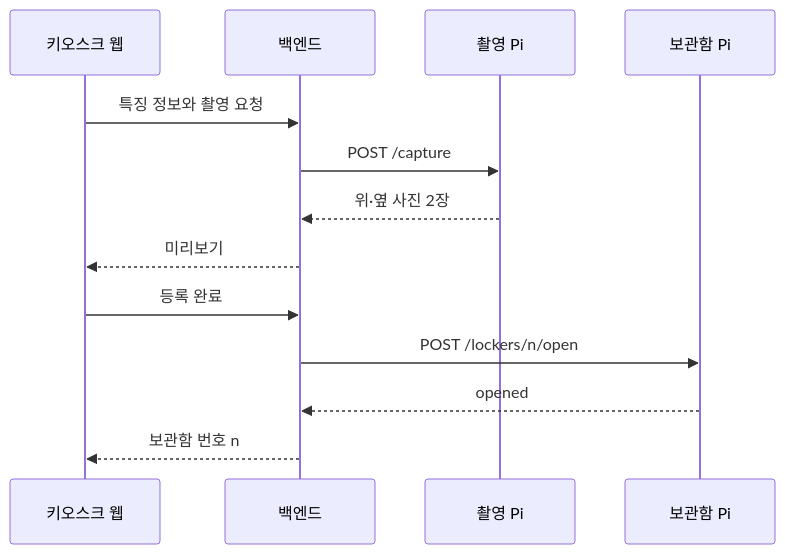
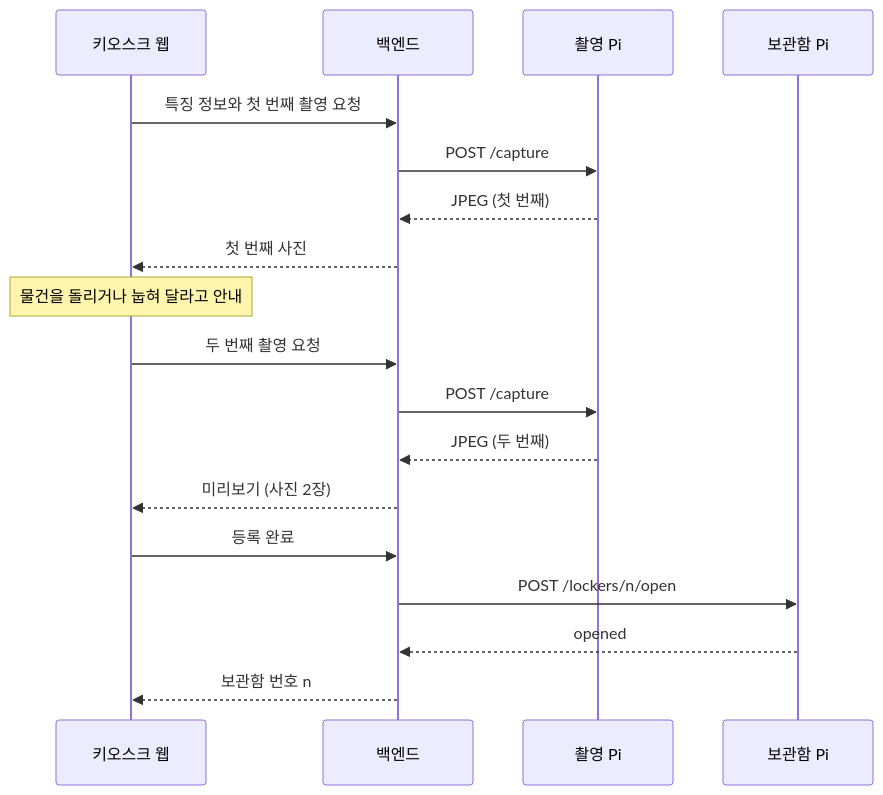
The first of 2 diagrams in docs/device-protocol.md (CloudAIoT/smart-lost-found), drawn with Mermaid before and after one commit. The commit also changed other lines of this file, not shown here.

````diff
--- a/docs/device-protocol.md
+++ b/docs/device-protocol.md
@@ -131,15 +119,20 @@
 ```mermaid
 sequenceDiagram
     participant W as 키오스크 웹
     participant B as 백엔드
     participant C as 촬영 Pi
     participant L as 보관함 Pi
-    W->>B: 특징 정보와 촬영 요청
+    W->>B: 특징 정보와 첫 번째 촬영 요청
     B->>C: POST /capture
-    C-->>B: 위·옆 사진 2장
-    B-->>W: 미리보기
+    C-->>B: JPEG (첫 번째)
+    B-->>W: 첫 번째 사진
+    Note over W: 물건을 돌리거나 눕혀 달라고 안내
+    W->>B: 두 번째 촬영 요청
+    B->>C: POST /capture
+    C-->>B: JPEG (두 번째)
+    B-->>W: 미리보기 (사진 2장)
     W->>B: 등록 완료
     B->>L: POST /lockers/n/open
     L-->>B: opened
     B-->>W: 보관함 번호 n
 ```
````
